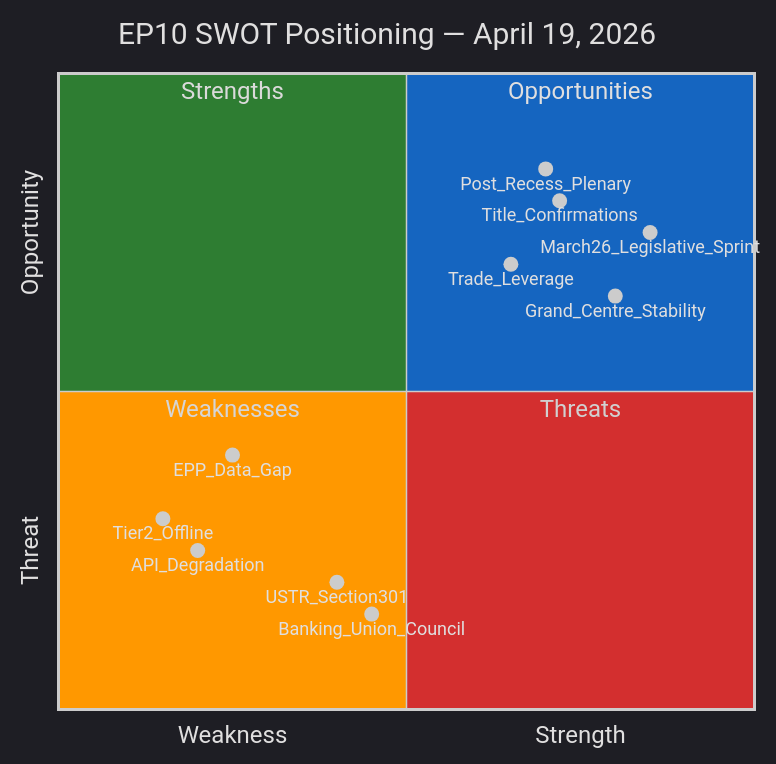
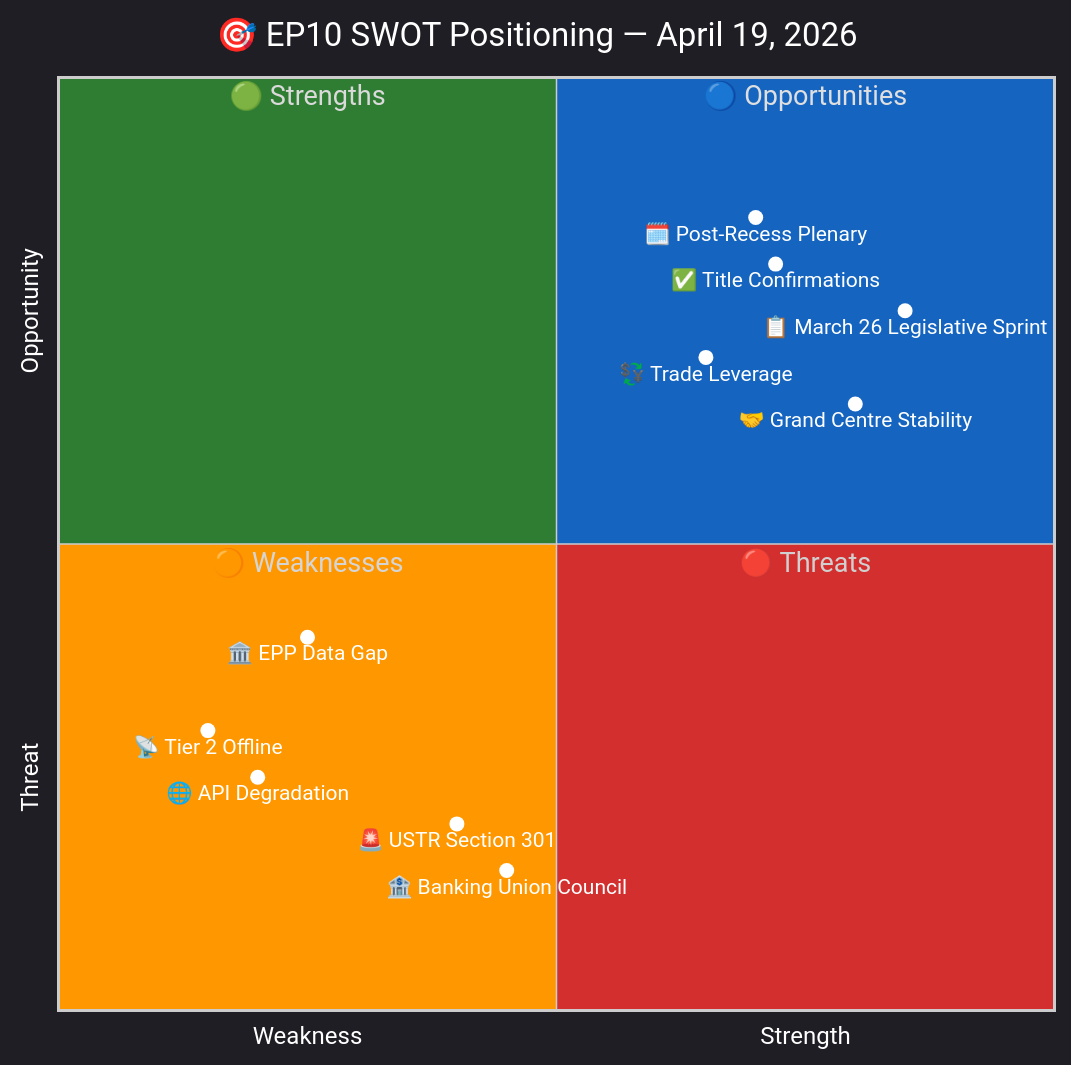
Before and after one commit to Hack23/euparliamentmonitor: the diagram in analysis/daily/2026-04-19/breaking-run188/risk-scoring/quantitative-swot.md, drawn with Mermaid. The commit also changed other lines of this file and 13 other files, not shown here.

````diff
--- a/analysis/daily/2026-04-19/breaking-run188/risk-scoring/quantitative-swot.md
+++ b/analysis/daily/2026-04-19/breaking-run188/risk-scoring/quantitative-swot.md
@@ -13,21 +13,43 @@
 ```mermaid
-%%{init: {'theme': 'dark', 'themeVariables': {'primaryColor': '#1565C0', 'quadrant1Fill': '#1565C0', 'quadrant2Fill': '#2E7D32', 'quadrant3Fill': '#FF9800', 'quadrant4Fill': '#D32F2F'}}}%%
+%%{init: {
+  "theme": "dark",
+  "themeVariables": {
+    "quadrant1Fill": "#1565C0",
+    "quadrant2Fill": "#2E7D32",
+    "quadrant3Fill": "#FF9800",
+    "quadrant4Fill": "#D32F2F",
+    "quadrantTitleFill": "#ffffff",
+    "quadrantPointFill": "#ffffff",
+    "quadrantPointTextFill": "#ffffff",
+    "quadrantXAxisTextFill": "#ffffff",
+    "quadrantYAxisTextFill": "#ffffff"
+  },
+  "quadrantChart": {
+    "chartWidth": 700,
+    "chartHeight": 700,
+    "pointLabelFontSize": 14,
+    "titleFontSize": 22,
+    "quadrantLabelFontSize": 18,
+    "xAxisLabelFontSize": 16,
+    "yAxisLabelFontSize": 16
+  }
+}}%%
 quadrantChart
-    title EP10 SWOT Positioning — April 19, 2026
-    x-axis Weakness --> Strength
-    y-axis Threat --> Opportunity
-    quadrant-1 Opportunities
-    quadrant-2 Strengths
-    quadrant-3 Weaknesses
-    quadrant-4 Threats
-    Grand_Centre_Stability: [0.80, 0.65]
-    March26_Legislative_Sprint: [0.85, 0.75]
-    Title_Confirmations: [0.72, 0.80]
-    API_Degradation: [0.20, 0.25]
-    EPP_Data_Gap: [0.25, 0.40]
-    Tier2_Offline: [0.15, 0.30]
-    Post_Recess_Plenary: [0.70, 0.85]
-    Trade_Leverage: [0.65, 0.70]
-    USTR_Section301: [0.40, 0.20]
-    Banking_Union_Council: [0.45, 0.15]
+    title 🎯 EP10 SWOT Positioning — April 19, 2026
+    x-axis "Weakness" --> "Strength"
+    y-axis "Threat" --> "Opportunity"
+    quadrant-1 "🔵 Opportunities"
+    quadrant-2 "🟢 Strengths"
+    quadrant-3 "🟠 Weaknesses"
+    quadrant-4 "🔴 Threats"
+    "🤝 Grand Centre Stability": [0.80, 0.65]
+    "📋 March 26 Legislative Sprint": [0.85, 0.75]
+    "✅ Title Confirmations": [0.72, 0.80]
+    "🌐 API Degradation": [0.20, 0.25]
+    "🏛️ EPP Data Gap": [0.25, 0.40]
+    "📡 Tier 2 Offline": [0.15, 0.30]
+    "🗓️ Post-Recess Plenary": [0.70, 0.85]
+    "💱 Trade Leverage": [0.65, 0.70]
+    "🚨 USTR Section 301": [0.40, 0.20]
+    "🏦 Banking Union Council": [0.45, 0.15]
 ```
````
